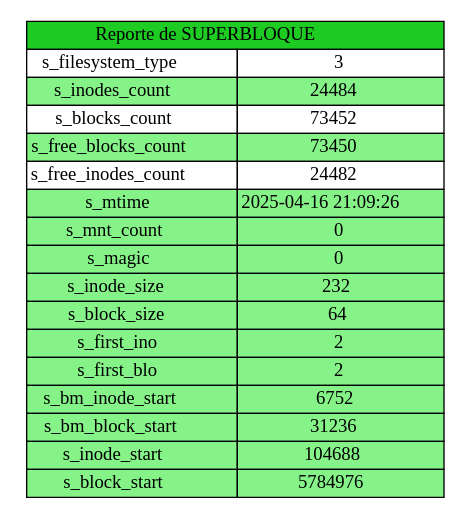
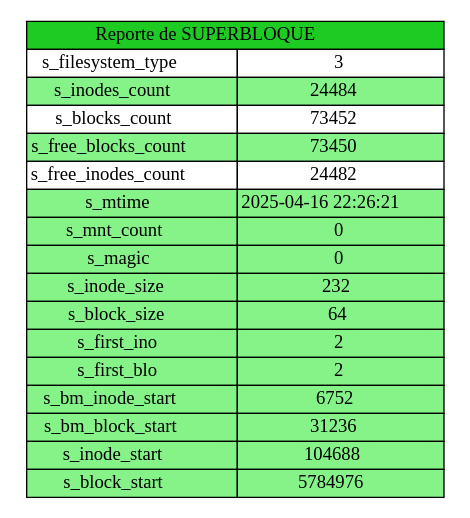
Before and after one commit to melgxrga/MIA_1S2025_P2_202302549: the diagram in reports/p4_r5_sb.dot, drawn with Graphviz. The commit also changed 10 other files, not shown here.

```diff
--- a/reports/p4_r5_sb.dot
+++ b/reports/p4_r5_sb.dot
@@ -1,24 +1,24 @@
 digraph {
 	node [shape=plaintext]
 	table [label=<
 		<TABLE BORDER="0" CELLBORDER="1" CELLSPACING="0">
 			<TR><TD bgcolor="#1ECB23" COLSPAN="2"> Reporte de SUPERBLOQUE </TD></TR>
 			<TR><TD> s_filesystem_type </TD><TD>3</TD></TR>
 			<TR><TD bgcolor="#85F388"> s_inodes_count </TD><TD bgcolor="#85F388">24484</TD></TR>
 			<TR><TD> s_blocks_count </TD><TD>73452</TD></TR>
 			<TR><TD bgcolor="#85F388"> s_free_blocks_count </TD><TD bgcolor="#85F388">73450</TD></TR>
 			<TR><TD> s_free_inodes_count </TD><TD>24482</TD></TR>
-			<TR><TD bgcolor="#85F388"> s_mtime </TD><TD bgcolor="#85F388">2025-04-16 21:09:26</TD></TR>
+			<TR><TD bgcolor="#85F388"> s_mtime </TD><TD bgcolor="#85F388">2025-04-16 22:26:21</TD></TR>
 			<TR><TD bgcolor="#85F388"> s_mnt_count </TD><TD bgcolor="#85F388">0</TD></TR>
 			<TR><TD bgcolor="#85F388"> s_magic </TD><TD bgcolor="#85F388">0</TD></TR>
 			<TR><TD bgcolor="#85F388"> s_inode_size </TD><TD bgcolor="#85F388">232</TD></TR>
 			<TR><TD bgcolor="#85F388"> s_block_size </TD><TD bgcolor="#85F388">64</TD></TR>
 			<TR><TD bgcolor="#85F388"> s_first_ino </TD><TD bgcolor="#85F388">2</TD></TR>
 			<TR><TD bgcolor="#85F388"> s_first_blo </TD><TD bgcolor="#85F388">2</TD></TR>
 			<TR><TD bgcolor="#85F388"> s_bm_inode_start </TD><TD bgcolor="#85F388">6752</TD></TR>
 			<TR><TD bgcolor="#85F388"> s_bm_block_start </TD><TD bgcolor="#85F388">31236</TD></TR>
 			<TR><TD bgcolor="#85F388"> s_inode_start </TD><TD bgcolor="#85F388">104688</TD></TR>
 			<TR><TD bgcolor="#85F388"> s_block_start </TD><TD bgcolor="#85F388">5784976</TD></TR>
 		</TABLE>
 	>]
 }
```
